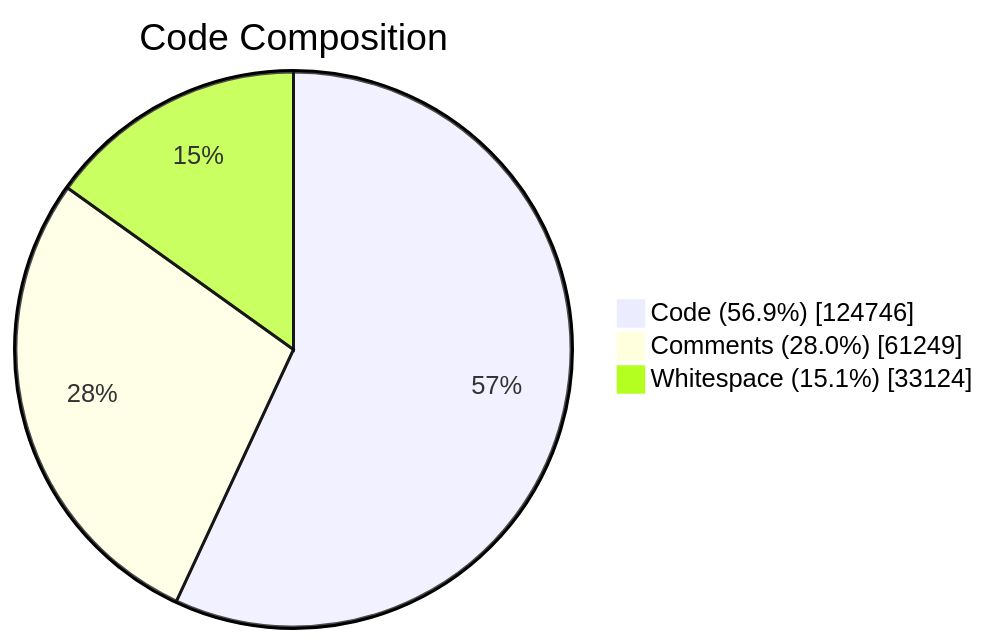
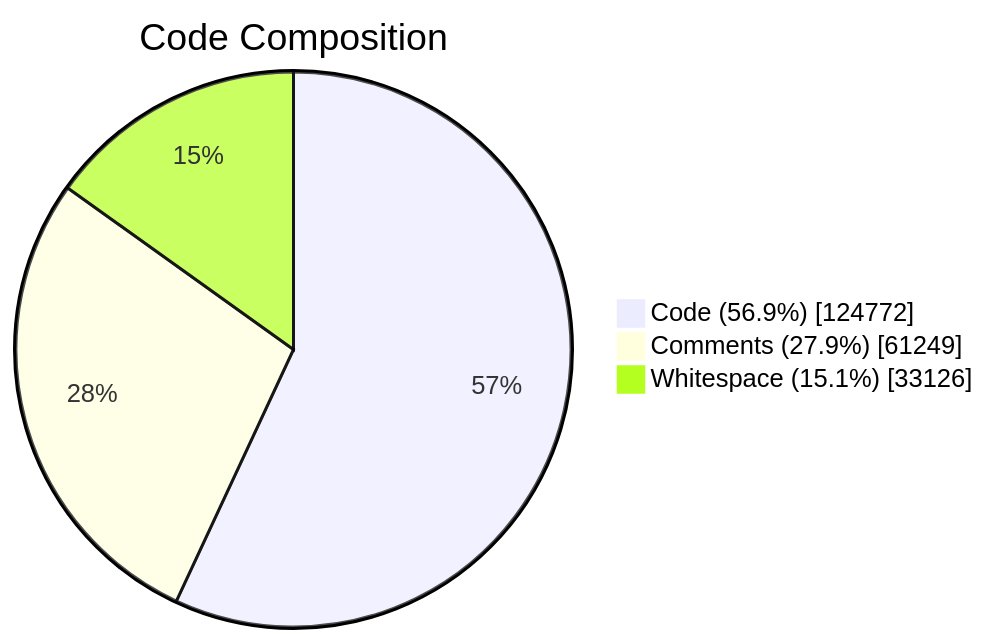
The first of 3 diagrams in static/docs/REPO_STATS.md (chelstein/eas-station), drawn with Mermaid before and after one commit. The commit also changed other lines of this file, not shown here.

````diff
--- a/static/docs/REPO_STATS.md
+++ b/static/docs/REPO_STATS.md
@@ -18,7 +18,7 @@
 ```mermaid
 pie showData
     title Code Composition
-    "Code (56.9%)" : 124746
-    "Comments (28.0%)" : 61249
-    "Whitespace (15.1%)" : 33124
+    "Code (56.9%)" : 124772
+    "Comments (27.9%)" : 61249
+    "Whitespace (15.1%)" : 33126
 ```
````
